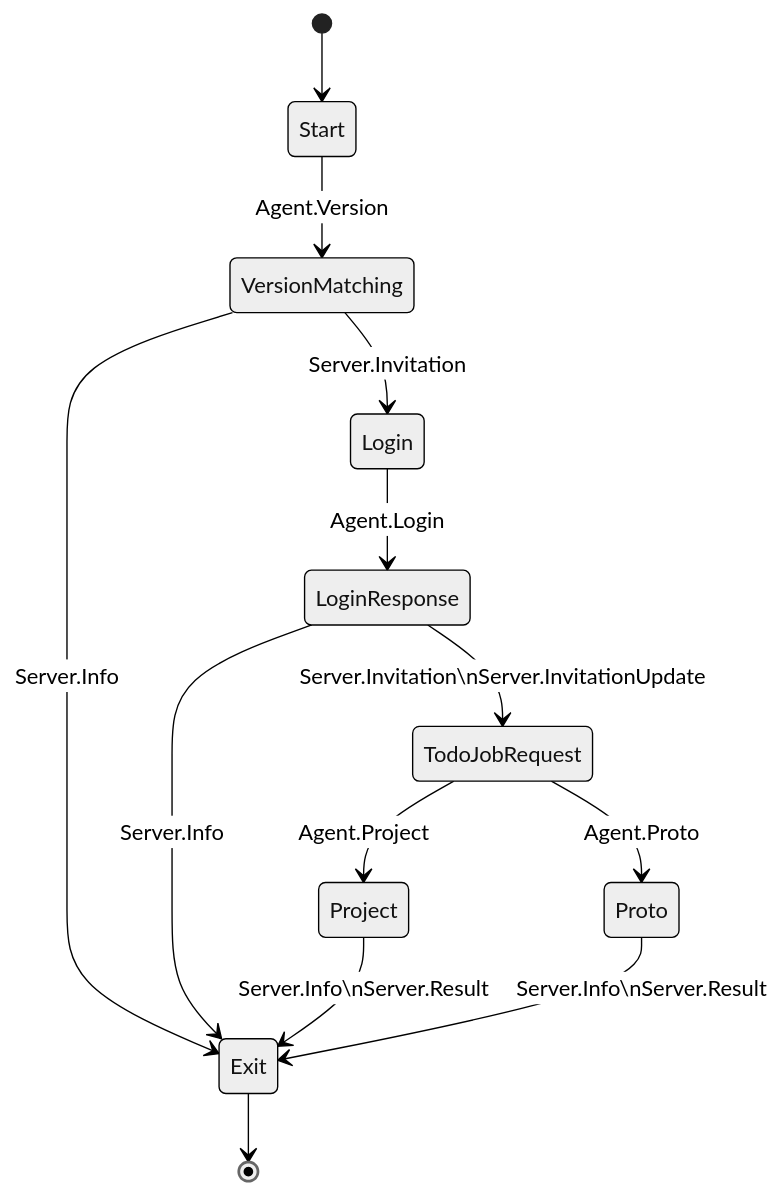
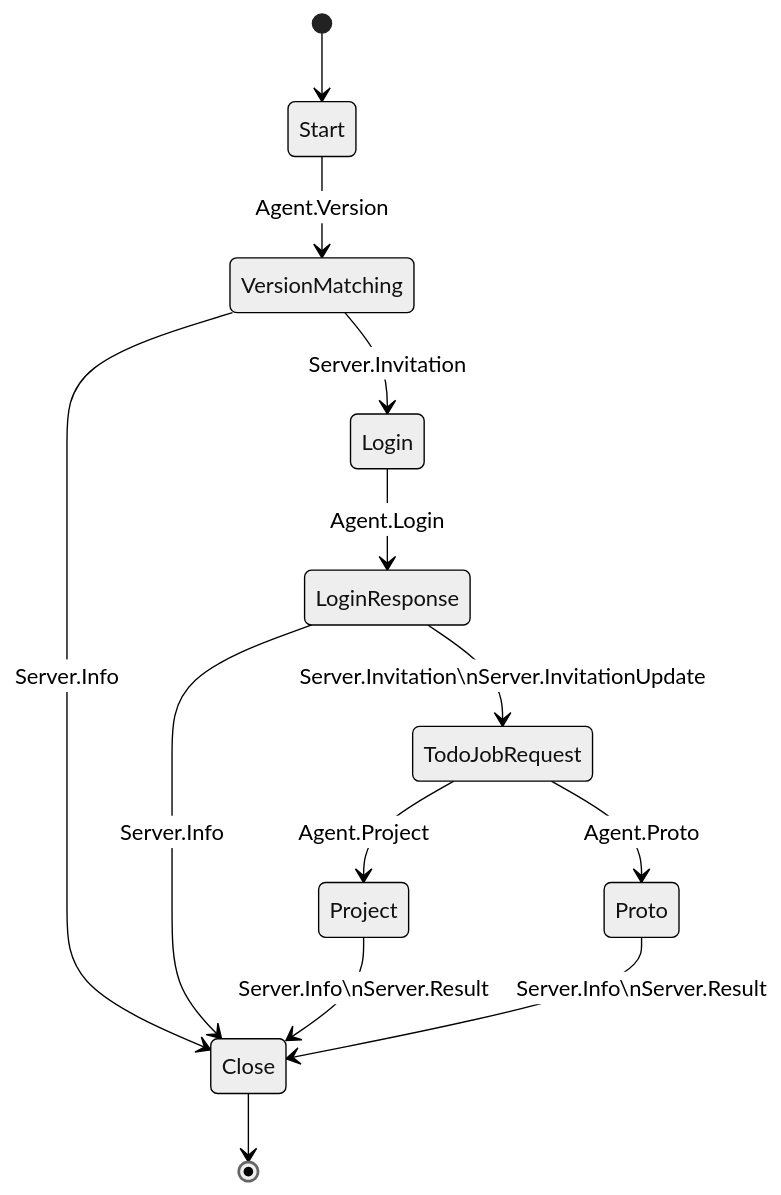
Before and after one commit to AdHoc-Protocol/AdHoc-protocol: the diagram in README.md, drawn with Mermaid (neutral theme). The commit also changed other lines of this file, not shown here.

````diff
--- a/README.md
+++ b/README.md
@@ -2116,22 +2516,22 @@
 ```mermaid
 stateDiagram-v2
     [*] --> Start
 
     Start --> VersionMatching : Agent.Version
 
     VersionMatching --> Login : Server.Invitation
-    VersionMatching --> Exit : Server.Info
+    VersionMatching --> Close : Server.Info
 
     Login --> LoginResponse : Agent.Login
 
     LoginResponse --> TodoJobRequest : Server.Invitation\nServer.InvitationUpdate
-    LoginResponse --> Exit : Server.Info
+    LoginResponse --> Close : Server.Info
 
     TodoJobRequest --> Project : Agent.Project
     TodoJobRequest --> Proto : Agent.Proto
 
-    Project --> Exit : Server.Info\nServer.Result
-    Proto --> Exit : Server.Info\nServer.Result
+    Project --> Close : Server.Info\nServer.Result
+    Proto --> Close : Server.Info\nServer.Result
 
-    Exit --> [*]
+    Close --> [*]
 ```
````
